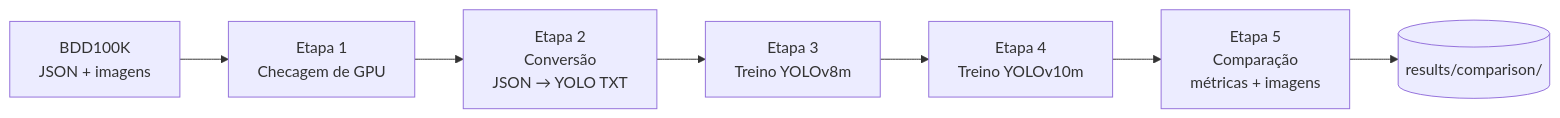
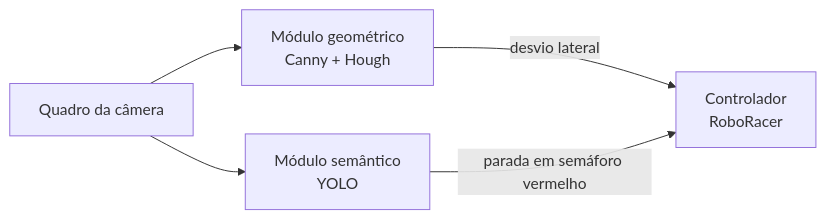
One commit to IsaRosseto/IC_VeiculosAutonomos changed the diagram in README.md. Above: the diagram before and after it, drawn with Mermaid. The commit also changed other lines of this file and 13 other files, not shown here.

````diff
--- a/README.md
+++ b/README.md
@@ -108,9 +19,7 @@
 ```mermaid
 flowchart LR
-    A[BDD100K<br/>JSON + imagens] --> B[Etapa 1<br/>Checagem de GPU]
-    B --> C[Etapa 2<br/>Conversão<br/>JSON → YOLO TXT]
-    C --> D[Etapa 3<br/>Treino YOLOv8m]
-    D --> E[Etapa 4<br/>Treino YOLOv10m]
-    E --> F[Etapa 5<br/>Comparação<br/>métricas + imagens]
-    F --> G[(results/comparison/)]
+    Q[Quadro da câmera] --> G[Módulo geométrico<br/>Canny + Hough]
+    Q --> S[Módulo semântico<br/>YOLO]
+    G -->|desvio lateral| C[Controlador<br/>RoboRacer]
+    S -->|parada em semáforo vermelho| C
 ```
````
